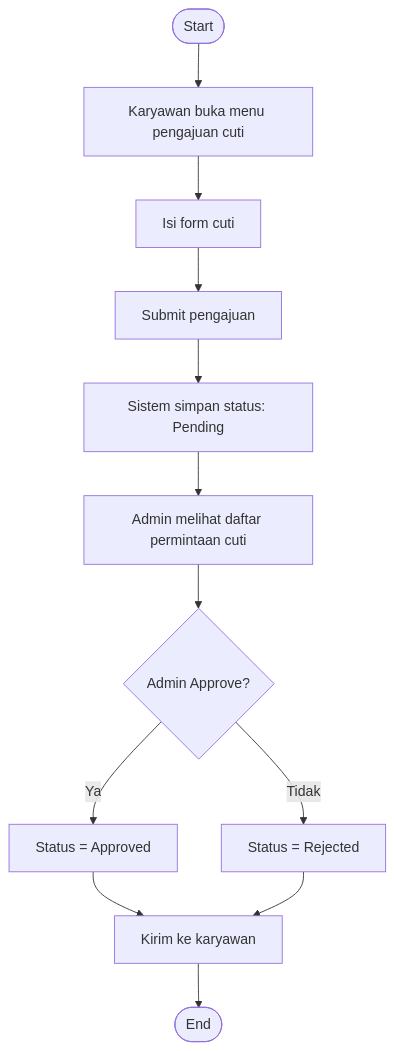
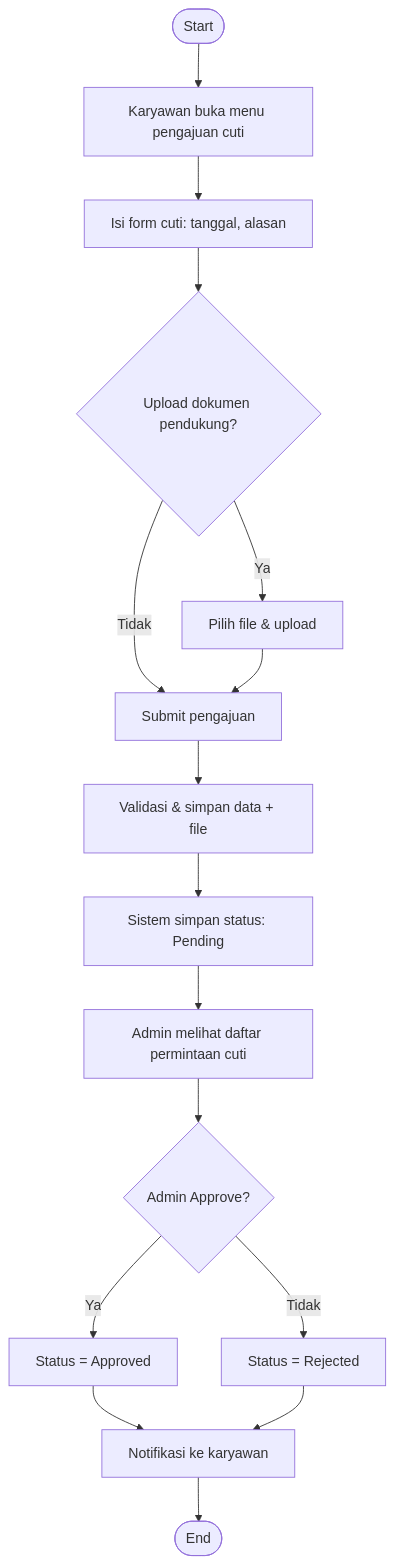
The fifth of 7 diagrams in ARCHITECTURE.md (IbnuSabilGitHub/Project-UAS), drawn with Mermaid before and after one commit. The commit also changed other lines of this file, not shown here.

Commit message:
modified: architecture

````diff
--- a/ARCHITECTURE.md
+++ b/ARCHITECTURE.md
@@ -293,16 +308,20 @@
 ```mermaid
 flowchart TD
     A([Start]) --> B[Karyawan buka menu pengajuan cuti]
-    B --> C[Isi form cuti]
-    C --> D[Submit pengajuan]
-    D --> E[Sistem simpan status: Pending]
-    E --> F[Admin melihat daftar permintaan cuti]
+    B --> C[Isi form cuti: tanggal, alasan]
+    C --> D{Upload dokumen pendukung?}
+    D -- Ya --> E[Pilih file & upload]
+    D -- Tidak --> F[Submit pengajuan]
+    E --> F
+    F --> G[Validasi & simpan data + file]
+    G --> H[Sistem simpan status: Pending]
+    H --> I[Admin melihat daftar permintaan cuti]
 
-    F --> G{Admin Approve?}
-    G -- Ya --> H[Status = Approved]
-    G -- Tidak --> I[Status = Rejected]
+    I --> J{Admin Approve?}
+    J -- Ya --> K[Status = Approved]
+    J -- Tidak --> L[Status = Rejected]
 
-    H --> J[Kirim ke karyawan]
-    I --> J
-    J --> K([End])
+    K --> M[Notifikasi ke karyawan]
+    L --> M
+    M --> N([End])
 ```
````
